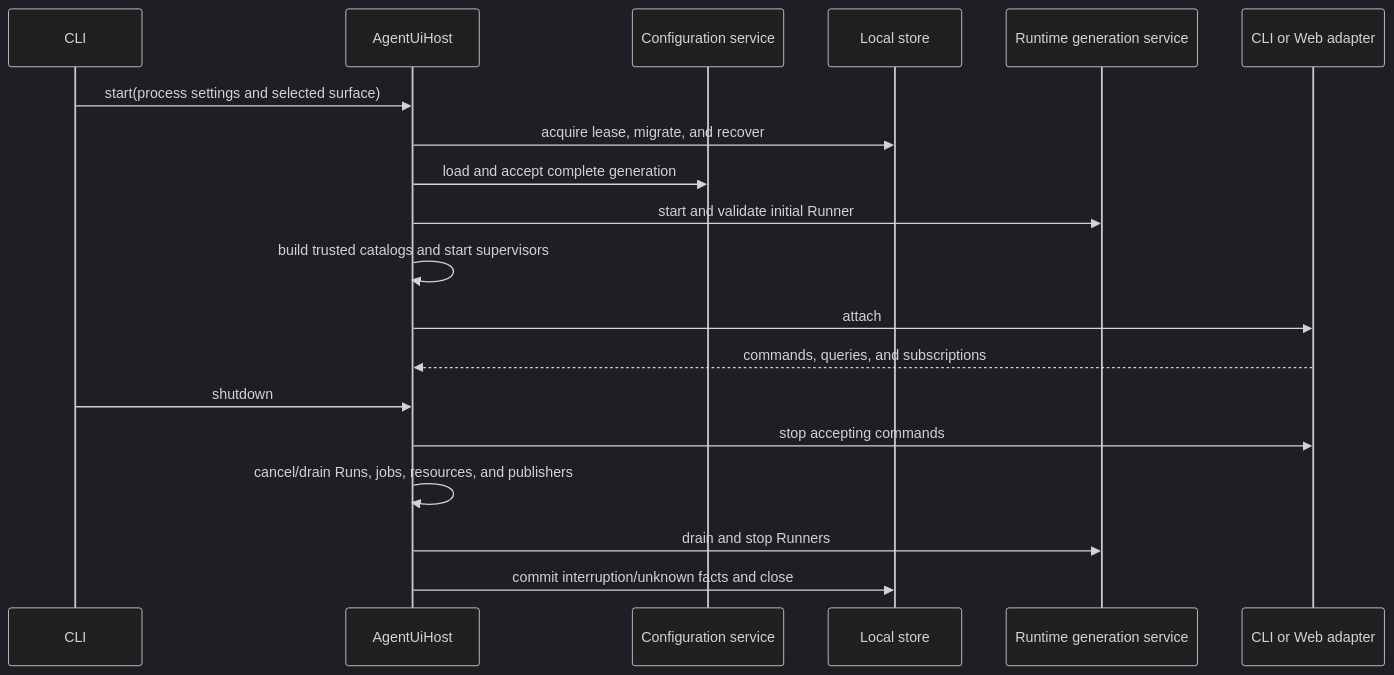
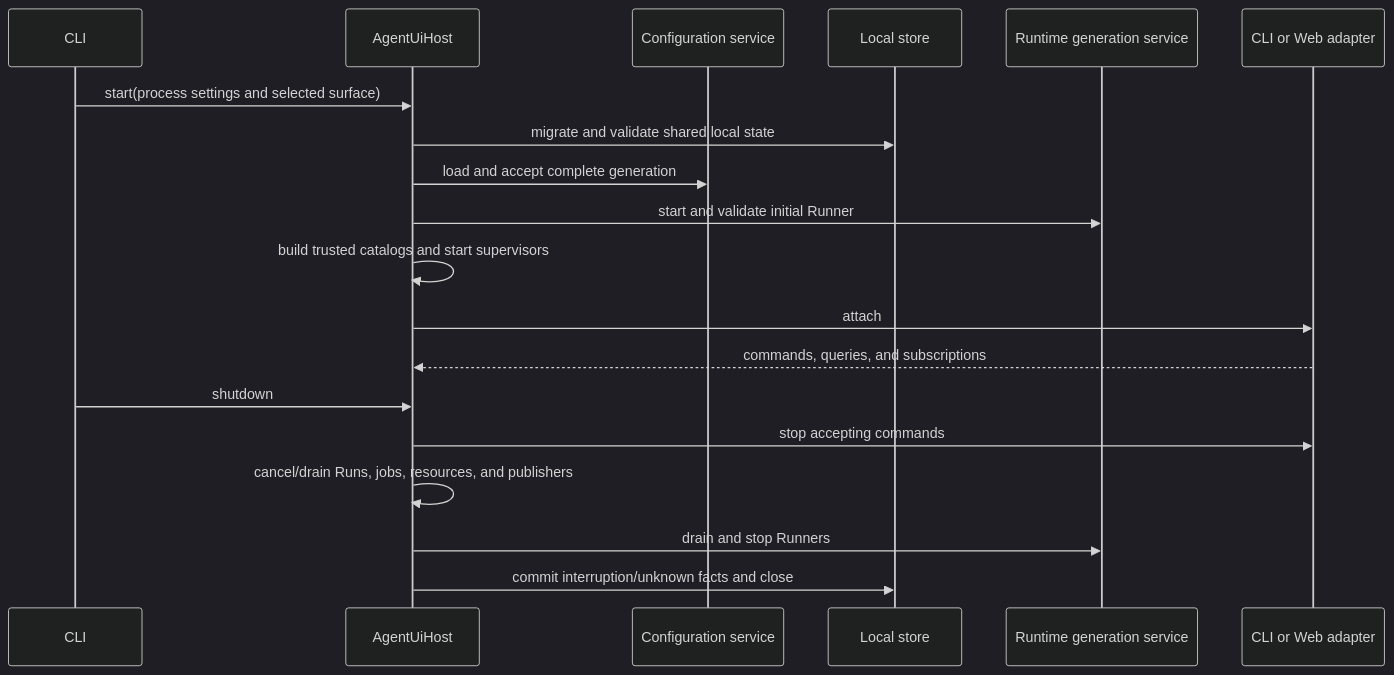
One commit to LTThreeComma/agent-foundation changed the first of 7 diagrams in spec/agent-ui/05-runtime-subagents-and-surfaces.md. Above: the diagram before and after it, drawn with Mermaid (dark theme). The commit also changed other lines of this file and 46 other files, not shown here.

First line of the commit message:
refactor(agent-ui): simplify local host runtime

````diff
--- a/spec/agent-ui/05-runtime-subagents-and-surfaces.md
+++ b/spec/agent-ui/05-runtime-subagents-and-surfaces.md
@@ -72,22 +72,22 @@
 ```mermaid
 sequenceDiagram
     participant CLI
     participant Host as AgentUiHost
     participant Config as Configuration service
     participant Store as Local store
     participant Runtime as Runtime generation service
     participant Surface as CLI or Web adapter
 
     CLI->>Host: start(process settings and selected surface)
-    Host->>Store: acquire lease, migrate, and recover
+    Host->>Store: migrate and validate shared local state
     Host->>Config: load and accept complete generation
     Host->>Runtime: start and validate initial Runner
     Host->>Host: build trusted catalogs and start supervisors
     Host->>Surface: attach
     Surface-->>Host: commands, queries, and subscriptions
     CLI->>Host: shutdown
     Host->>Surface: stop accepting commands
     Host->>Host: cancel/drain Runs, jobs, resources, and publishers
     Host->>Runtime: drain and stop Runners
     Host->>Store: commit interruption/unknown facts and close
 ```
````
